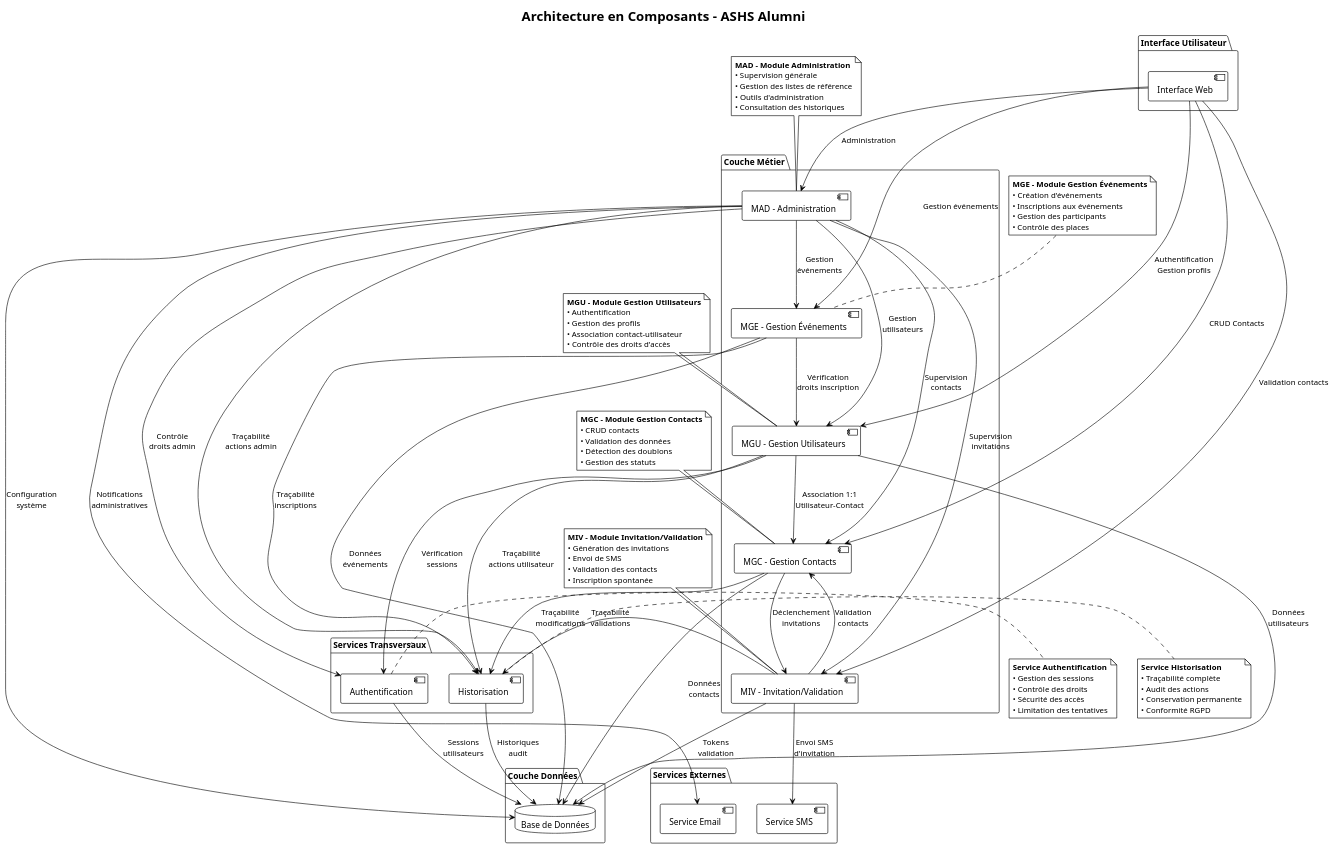
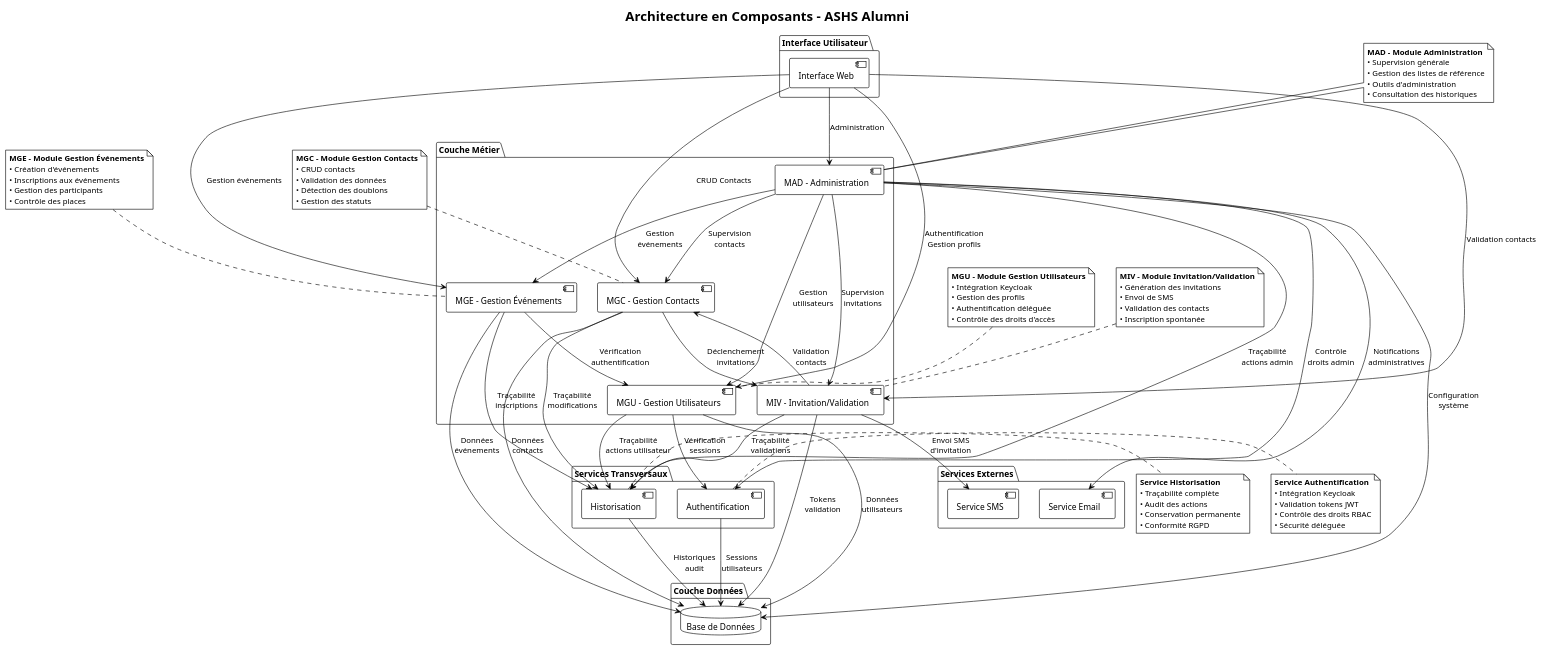
One commit to bbsebb/ashs-alumni changed the diagram in docs/diagrams/module-components.puml. Above: the diagram before and after it, drawn with PlantUML. The commit also changed 53 other files, not shown here.

```diff
--- a/docs/diagrams/module-components.puml
+++ b/docs/diagrams/module-components.puml
@@ -1,127 +1,126 @@
 @startuml module-components
 !theme plain
 title Architecture en Composants - ASHS Alumni
 
 package "Interface Utilisateur" {
   [Interface Web] as ui
 }
 
 package "Couche Métier" {
   [MGU - Gestion Utilisateurs] as mgu
   [MGC - Gestion Contacts] as mgc
   [MIV - Invitation/Validation] as miv
   [MGE - Gestion Événements] as mge
   [MAD - Administration] as mad
 }
 
 package "Services Transversaux" {
   [Historisation] as hist
   [Authentification] as auth
 }
 
 package "Services Externes" {
   [Service SMS] as sms
   [Service Email] as email
 }
 
 package "Couche Données" {
   database "Base de Données" as db
 }
 
 ' Relations Interface -> Métier
 ui --> mgu : Authentification\nGestion profils
 ui --> mgc : CRUD Contacts
 ui --> miv : Validation contacts
 ui --> mge : Gestion événements
 ui --> mad : Administration
 
 ' Relations entre modules métier
-mgu --> mgc : Association 1:1\nUtilisateur-Contact
 mgc --> miv : Déclenchement\ninvitations
 miv --> mgc : Validation\ncontacts
-mge --> mgu : Vérification\ndroits inscription
+mge --> mgu : Vérification\nauthentification
 mad --> mgc : Supervision\ncontacts
 mad --> mgu : Gestion\nutilisateurs
 mad --> mge : Gestion\névénements
 mad --> miv : Supervision\ninvitations
 
 ' Relations vers services transversaux
 mgc --> hist : Traçabilité\nmodifications
 mgu --> hist : Traçabilité\nactions utilisateur
 mge --> hist : Traçabilité\ninscriptions
 mad --> hist : Traçabilité\nactions admin
 miv --> hist : Traçabilité\nvalidations
 
 mgu --> auth : Vérification\nsessions
 mad --> auth : Contrôle\ndroits admin
 
 ' Relations vers services externes
 miv --> sms : Envoi SMS\nd'invitation
 mad --> email : Notifications\nadministratives
 
 ' Relations vers données
 mgu --> db : Données\nutilisateurs
 mgc --> db : Données\ncontacts
 miv --> db : Tokens\nvalidation
 mge --> db : Données\névénements
 mad --> db : Configuration\nsystème
 hist --> db : Historiques\naudit
 auth --> db : Sessions\nutilisateurs
 
 note top of mgu
   <b>MGU - Module Gestion Utilisateurs</b>
-  • Authentification
+  • Intégration Keycloak
   • Gestion des profils
-  • Association contact-utilisateur
+  • Authentification déléguée
   • Contrôle des droits d'accès
 end note
 
 note top of mgc
   <b>MGC - Module Gestion Contacts</b>
   • CRUD contacts
   • Validation des données
   • Détection des doublons
   • Gestion des statuts
 end note
 
 note top of miv
   <b>MIV - Module Invitation/Validation</b>
   • Génération des invitations
   • Envoi de SMS
   • Validation des contacts
   • Inscription spontanée
 end note
 
 note top of mge
   <b>MGE - Module Gestion Événements</b>
   • Création d'événements
   • Inscriptions aux événements
   • Gestion des participants
   • Contrôle des places
 end note
 
 note top of mad
   <b>MAD - Module Administration</b>
   • Supervision générale
   • Gestion des listes de référence
   • Outils d'administration
   • Consultation des historiques
 end note
 
 note right of hist
   <b>Service Historisation</b>
   • Traçabilité complète
   • Audit des actions
   • Conservation permanente
   • Conformité RGPD
 end note
 
 note right of auth
   <b>Service Authentification</b>
-  • Gestion des sessions
-  • Contrôle des droits
-  • Sécurité des accès
-  • Limitation des tentatives
+  • Intégration Keycloak
+  • Validation tokens JWT
+  • Contrôle des droits RBAC
+  • Sécurité déléguée
 end note
 
 @enduml
```
